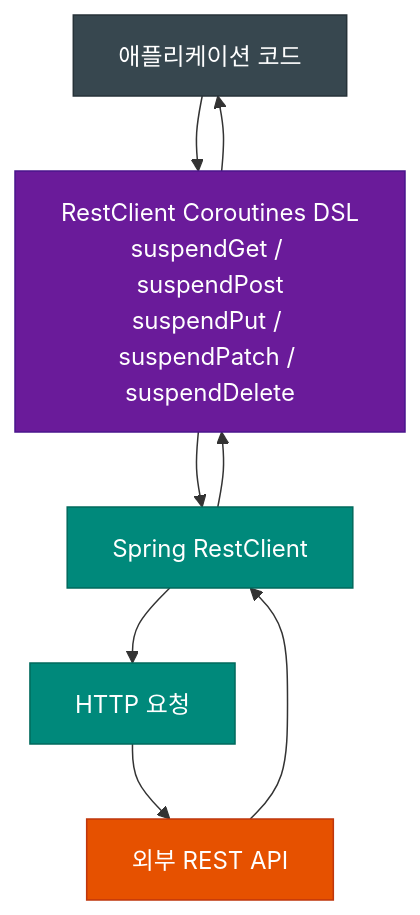
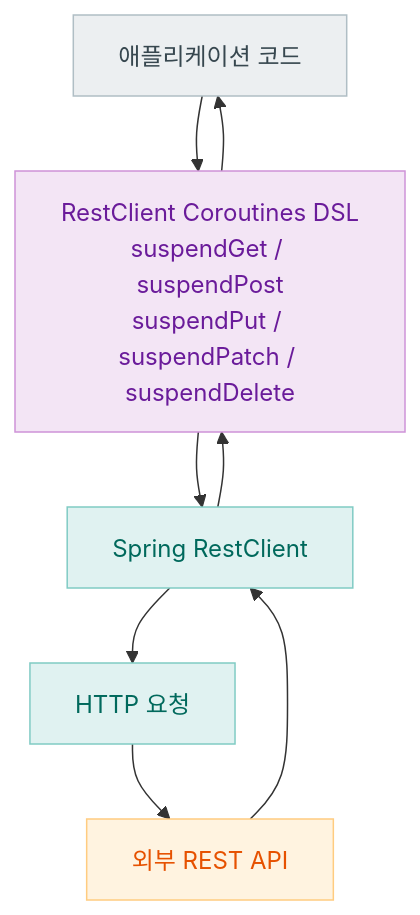
Before and after one commit to bluetape4k/bluetape4k-projects: the third of 4 diagrams in spring-boot4/core/README.ko.md, drawn with Mermaid. The commit also changed other lines of this file and 219 other files, not shown here.

First line of the commit message:
docs: 전체 README Mermaid 다이어그램 가이드 적용

````diff
--- a/spring-boot4/core/README.ko.md
+++ b/spring-boot4/core/README.ko.md
@@ -248,20 +248,20 @@
 ```mermaid
 flowchart TD
     App["애플리케이션 코드"] --> DSL["RestClient Coroutines DSL<br/>suspendGet / suspendPost<br/>suspendPut / suspendPatch / suspendDelete"]
     DSL --> RestClient["Spring RestClient"]
     RestClient --> HTTP["HTTP 요청"]
     HTTP --> ExternalAPI["외부 REST API"]
     ExternalAPI --> RestClient
     RestClient --> DSL
     DSL --> App
 
-    classDef appStyle fill:#37474F,stroke:#263238,color:#FFFFFF
-    classDef dslStyle fill:#6A1B9A,stroke:#4A148C,color:#FFFFFF
-    classDef httpStyle fill:#00897B,stroke:#00695C,color:#FFFFFF
-    classDef externalStyle fill:#E65100,stroke:#BF360C,color:#FFFFFF
+    classDef appStyle fill:#ECEFF1,stroke:#B0BEC5,color:#37474F
+    classDef dslStyle fill:#F3E5F5,stroke:#CE93D8,color:#6A1B9A
+    classDef httpStyle fill:#E0F2F1,stroke:#80CBC4,color:#00695C
+    classDef externalStyle fill:#FFF3E0,stroke:#FFCC80,color:#E65100
 
     class App appStyle
     class DSL dslStyle
     class RestClient,HTTP httpStyle
     class ExternalAPI externalStyle
 ```
````
